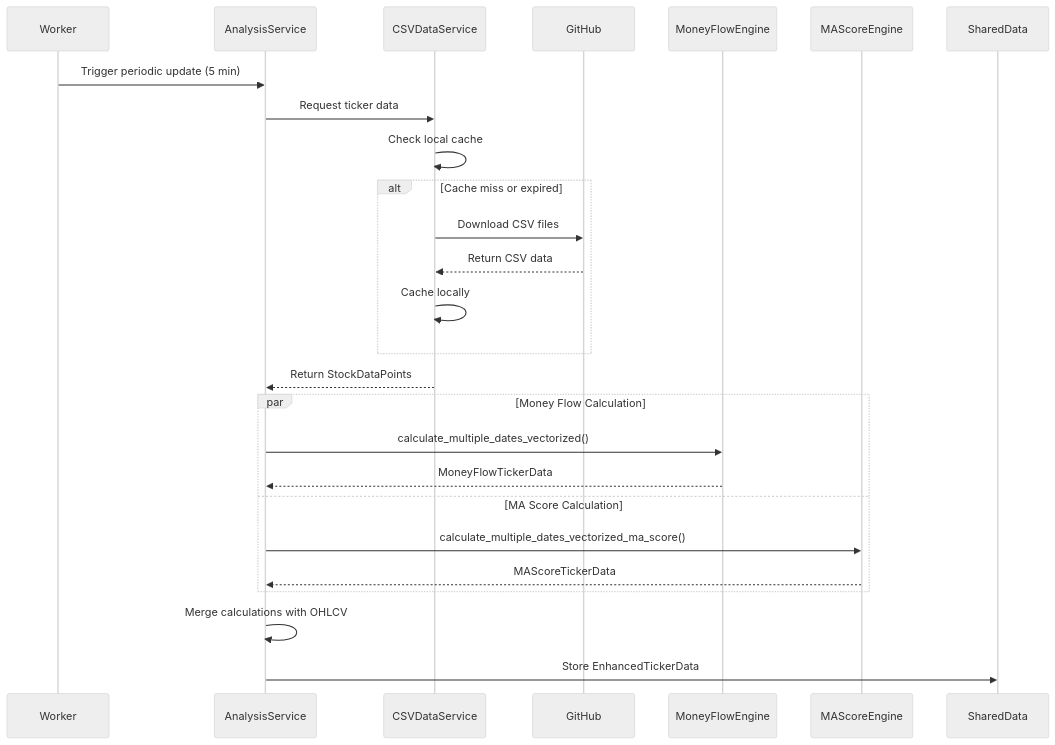
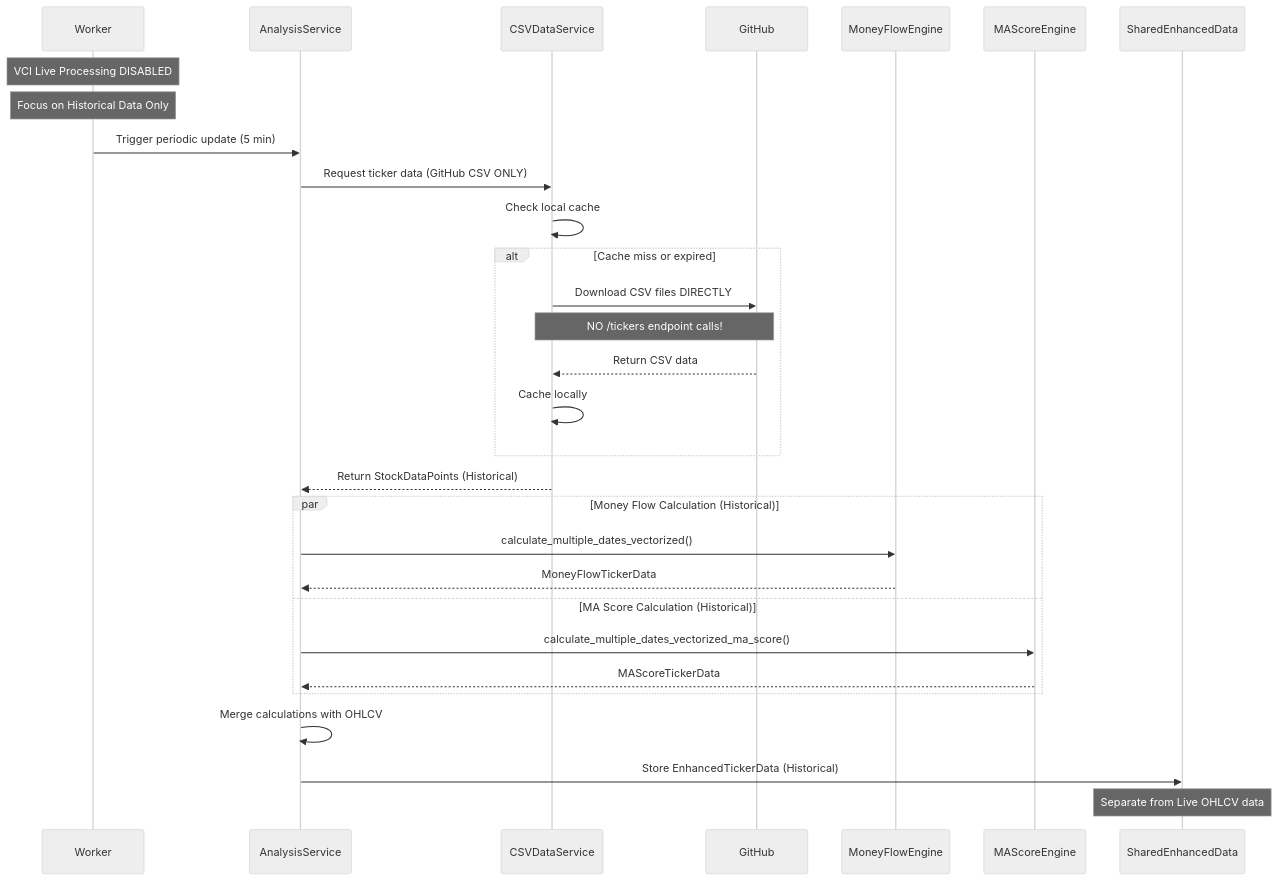
One commit to quanhua92/aipriceaction-proxy changed the first of 2 diagrams in PLAN_INTEGRATION_CLI.md. Above: the diagram before and after it, drawn with Mermaid (neutral theme). The commit also changed other lines of this file and 6 other files, not shown here.

First line of the commit message:
Fix enhanced data detection and update test thresholds

````diff
--- a/PLAN_INTEGRATION_CLI.md
+++ b/PLAN_INTEGRATION_CLI.md
@@ -59,31 +78,36 @@
 ```mermaid
 sequenceDiagram
     participant W as Worker
     participant AS as AnalysisService
     participant CSV as CSVDataService
     participant GH as GitHub
     participant MF as MoneyFlowEngine
     participant MA as MAScoreEngine
-    participant SD as SharedData
+    participant SD as SharedEnhancedData
+
+    Note over W: VCI Live Processing DISABLED
+    Note over W: Focus on Historical Data Only
 
     W->>AS: Trigger periodic update (5 min)
-    AS->>CSV: Request ticker data
+    AS->>CSV: Request ticker data (GitHub CSV ONLY)
     CSV->>CSV: Check local cache
     alt Cache miss or expired
-        CSV->>GH: Download CSV files
+        CSV->>GH: Download CSV files DIRECTLY
+        Note over CSV,GH: NO /tickers endpoint calls!
         GH-->>CSV: Return CSV data
         CSV->>CSV: Cache locally
     end
-    CSV-->>AS: Return StockDataPoints
+    CSV-->>AS: Return StockDataPoints (Historical)
 
-    par Money Flow Calculation
+    par Money Flow Calculation (Historical)
         AS->>MF: calculate_multiple_dates_vectorized()
         MF-->>AS: MoneyFlowTickerData
-    and MA Score Calculation
+    and MA Score Calculation (Historical)
         AS->>MA: calculate_multiple_dates_vectorized_ma_score()
         MA-->>AS: MAScoreTickerData
     end
 
     AS->>AS: Merge calculations with OHLCV
-    AS->>SD: Store EnhancedTickerData
+    AS->>SD: Store EnhancedTickerData (Historical)
+    Note over SD: Separate from Live OHLCV data
 ```
````
